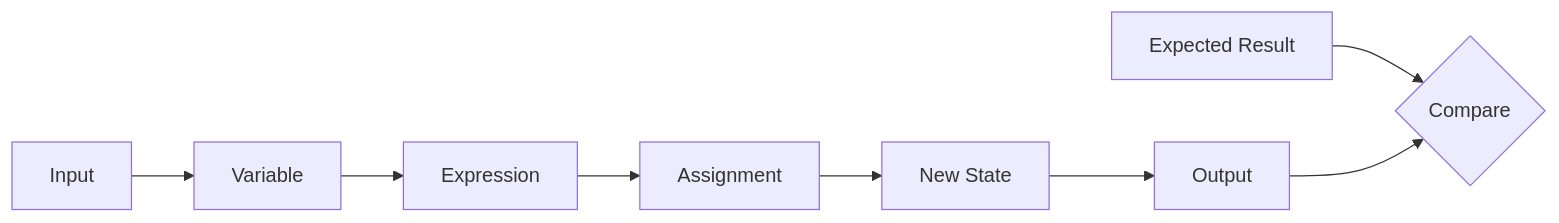
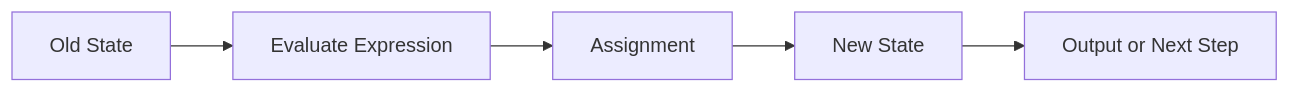
Before and after one commit to inred329/summer_pre_course_2026: the diagram in materials/preparatory/unit-02-data-state.en.md, drawn with Mermaid. The commit also changed other lines of this file and 61 other files, not shown here.

````diff
--- a/materials/preparatory/unit-02-data-state.en.md
+++ b/materials/preparatory/unit-02-data-state.en.md
@@ -80,10 +82,7 @@
 ```mermaid
 flowchart LR
-    I[Input] --> V[Variable]
-    V --> E[Expression]
+    O[Old State] --> E[Evaluate Expression]
     E --> A[Assignment]
-    A --> S[New State]
-    S --> O[Output]
-    X[Expected Result] --> C{Compare}
-    O --> C
+    A --> N[New State]
+    N --> P[Output or Next Step]
 ```
````
